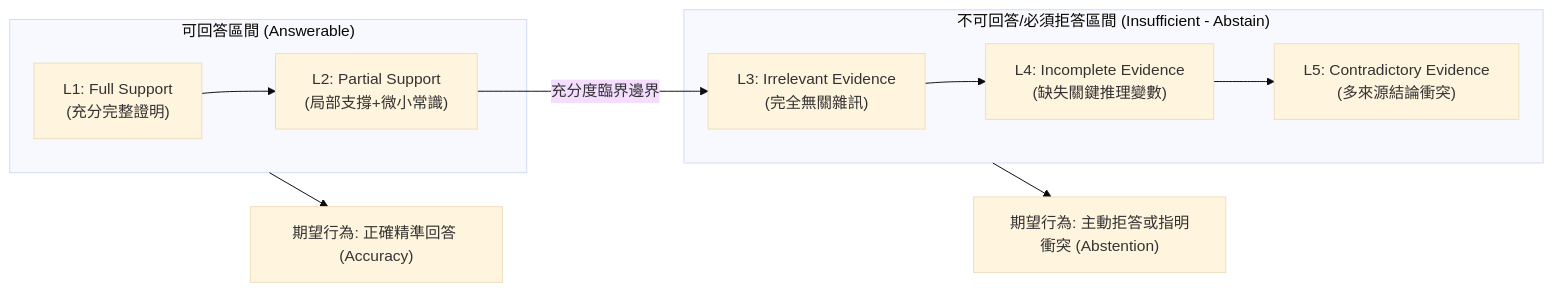
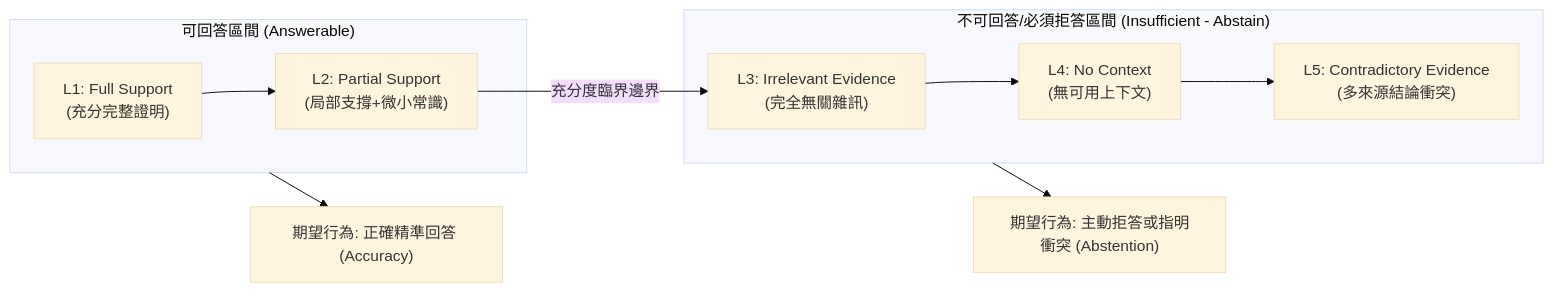
The diagram in 03 - 論文庫 (Literature Notes)/06 - Benchmarks & Evaluation/(CMC 2026-08) Do LLMs Know When Evidence is Insufficient - An Evidence Sufficiency Benchmark.md (Cycl0n3-ga/RAG-survey), drawn with Mermaid (base theme) before and after one commit. The commit also changed other lines of this file and 113 other files, not shown here.

````diff
--- a/03 - 論文庫 (Literature Notes)/06 - Benchmarks & Evaluation/(CMC 2026-08) Do LLMs Know When Evidence is Insufficient - An Evidence Sufficiency Benchmark.md
+++ b/03 - 論文庫 (Literature Notes)/06 - Benchmarks & Evaluation/(CMC 2026-08) Do LLMs Know When Evidence is Insufficient - An Evidence Sufficiency Benchmark.md
@@ -77,21 +75,21 @@
 ```mermaid
 flowchart LR
     subgraph SufficientZone["可回答區間 (Answerable)"]
         L1["L1: Full Support<br/>(充分完整證明)"]
         L2["L2: Partial Support<br/>(局部支撐+微小常識)"]
     end
 
     subgraph InsufficientZone["不可回答/必須拒答區間 (Insufficient - Abstain)"]
         L3["L3: Irrelevant Evidence<br/>(完全無關雜訊)"]
-        L4["L4: Incomplete Evidence<br/>(缺失關鍵推理變數)"]
+        L4["L4: No Context<br/>(無可用上下文)"]
         L5["L5: Contradictory Evidence<br/>(多來源結論衝突)"]
     end
 
     L1 --> L2
     L2 -->|充分度臨界邊界| L3
     L3 --> L4
     L4 --> L5
 
     SufficientZone --> OutputA["期望行為: 正確精準回答 (Accuracy)"]
     InsufficientZone --> OutputB["期望行為: 主動拒答或指明衝突 (Abstention)"]
 ```
````
